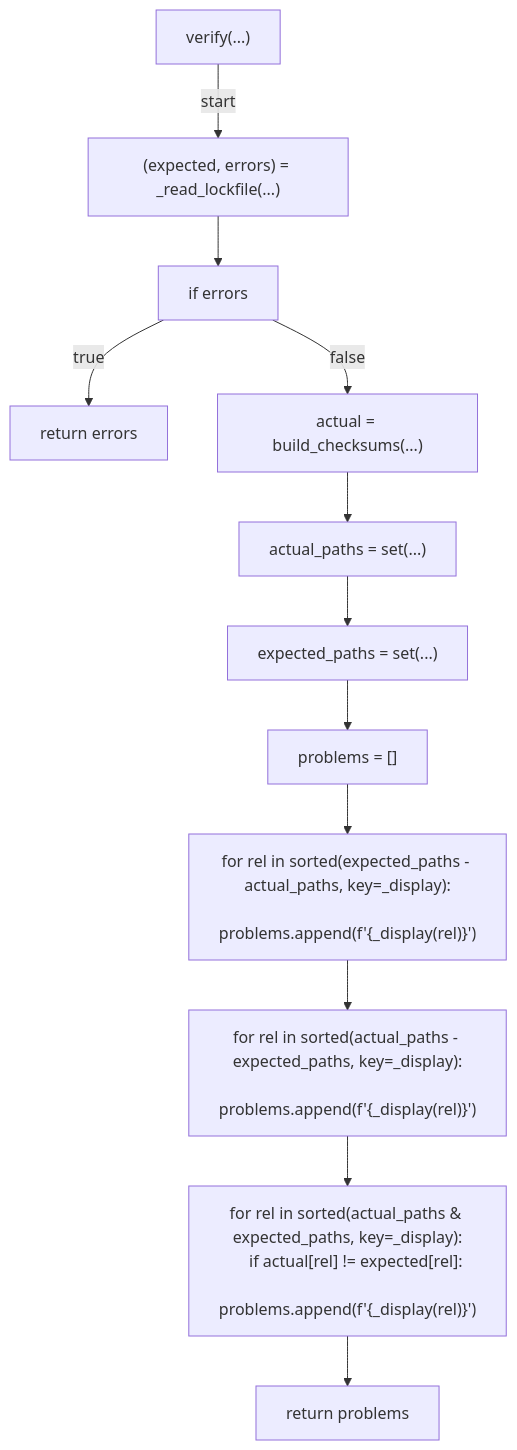
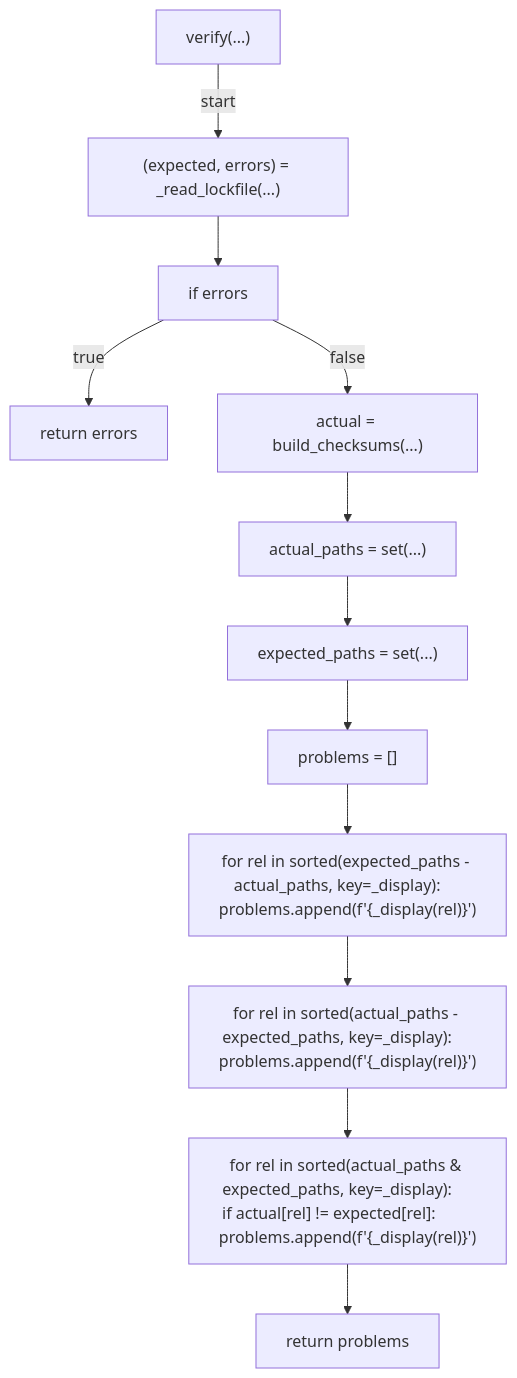
Before and after one commit to tvna/claude-md: the ninth of 13 diagrams in docs/generated/scripts/ast/verify_apm_checksums.md, drawn with Mermaid. The commit also changed other lines of this file and 15 other files, not shown here.

First line of the commit message:
docs(generated): regenerate decision tree and workflow diagrams (batch 5/5)

````diff
--- a/docs/generated/scripts/ast/verify_apm_checksums.md
+++ b/docs/generated/scripts/ast/verify_apm_checksums.md
@@ -132,30 +107,26 @@
 ```mermaid
 flowchart TD
     N001["verify(...)"]
     N002["(expected, errors) = _read_lockfile(...)"]
     N003["if errors"]
     N004["return errors"]
     N005["actual = build_checksums(...)"]
     N006["actual_paths = set(...)"]
     N007["expected_paths = set(...)"]
     N008["problems = []"]
-    N009["for rel in sorted(expected_paths - actual_paths, key=_display):
-    problems.append(f'<str>{_display(rel)}')"]
-    N010["for rel in sorted(actual_paths - expected_paths, key=_display):
-    problems.append(f'<str>{_display(rel)}')"]
-    N011["for rel in sorted(actual_paths & expected_paths, key=_display):
-    if actual[rel] != expected[rel]:
-        problems.append(f'<str>{_display(rel)}')"]
+    N009["for rel in sorted(expected_paths - actual_paths, key=_display):     problems.append(f'<str>{_display(rel)}')"]
+    N010["for rel in sorted(actual_paths - expected_paths, key=_display):     problems.append(f'<str>{_display(rel)}')"]
+    N011["for rel in sorted(actual_paths & expected_paths, key=_display):     if actual[rel] != expected[rel]:         problems.append(f'<str>{_display(rel)}')"]
     N012["return problems"]
     N001 -->|"start"| N002
     N002 --> N003
     N003 -->|"true"| N004
     N003 -->|"false"| N005
     N005 --> N006
     N006 --> N007
     N007 --> N008
     N008 --> N009
     N009 --> N010
     N010 --> N011
     N011 --> N012
 ```
````
